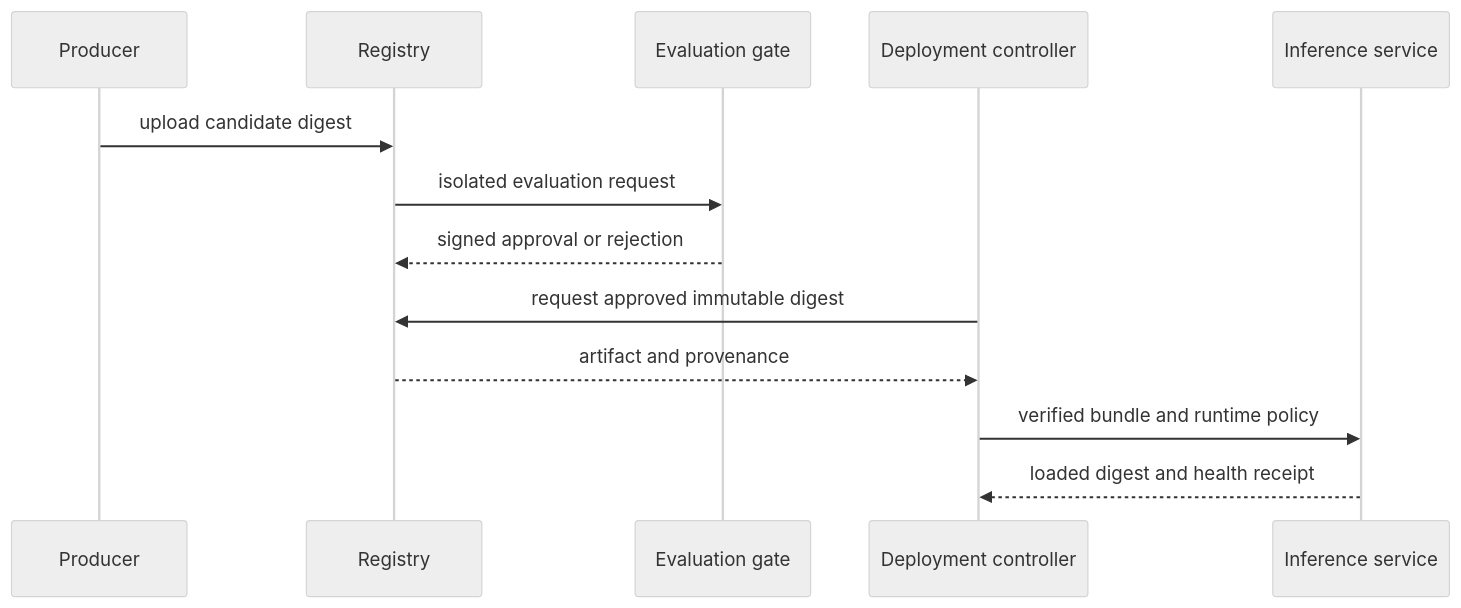
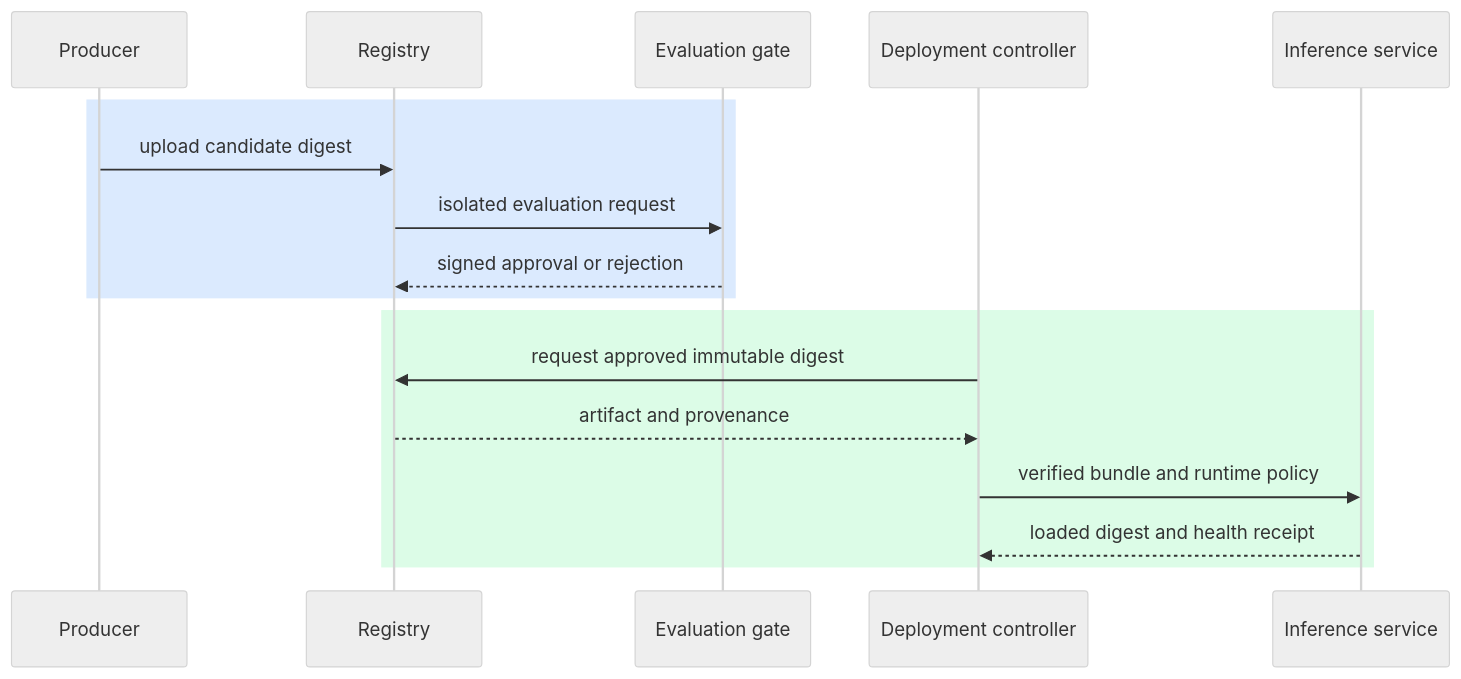
One commit to souradeepta/ai-monthly-concepts changed the second of 2 diagrams in months/2026-07/07-model-weight-security.md. Above: the diagram before and after it, drawn with Mermaid (neutral theme). The commit also changed 9 other files, not shown here.

````diff
--- a/months/2026-07/07-model-weight-security.md
+++ b/months/2026-07/07-model-weight-security.md
@@ -54,15 +54,19 @@
 ```mermaid
 sequenceDiagram
     participant P as Producer
     participant R as Registry
     participant E as Evaluation gate
     participant D as Deployment controller
     participant I as Inference service
-    P->>R: upload candidate digest
-    R->>E: isolated evaluation request
-    E-->>R: signed approval or rejection
-    D->>R: request approved immutable digest
-    R-->>D: artifact and provenance
-    D->>I: verified bundle and runtime policy
-    I-->>D: loaded digest and health receipt
+    rect rgb(219, 234, 254)
+      P->>R: upload candidate digest
+      R->>E: isolated evaluation request
+      E-->>R: signed approval or rejection
+    end
+    rect rgb(220, 252, 231)
+      D->>R: request approved immutable digest
+      R-->>D: artifact and provenance
+      D->>I: verified bundle and runtime policy
+      I-->>D: loaded digest and health receipt
+    end
 ```
````
